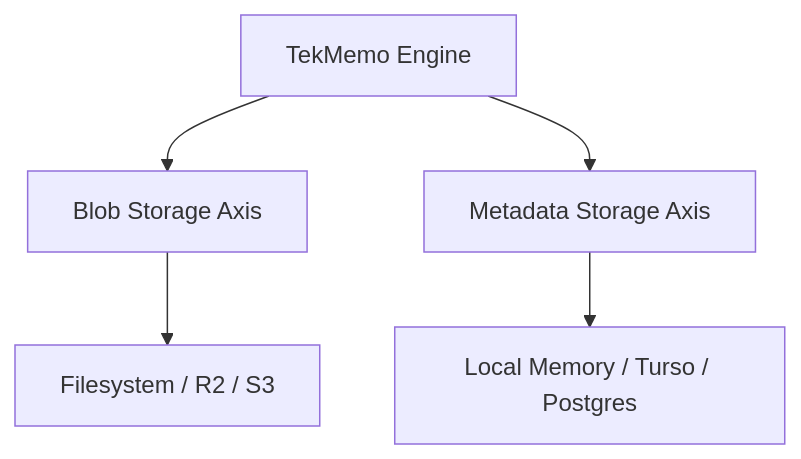
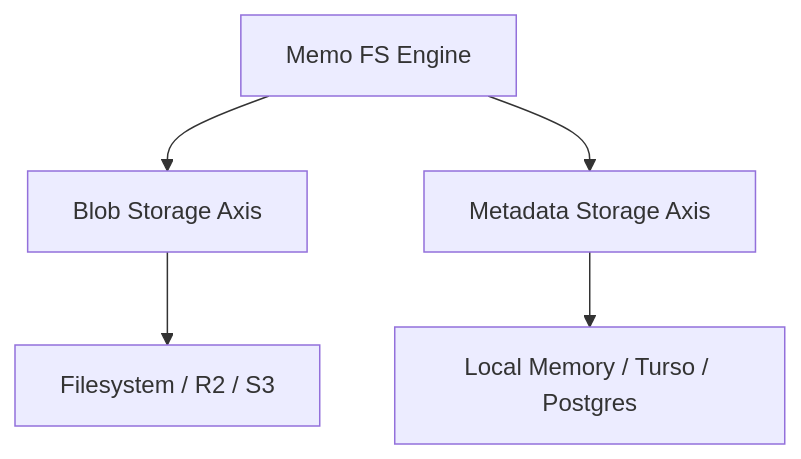
One commit to memo-fs/memofs changed the diagram in apps/docs/configure/storage.md. Above: the diagram before and after it, drawn with Mermaid. The commit also changed other lines of this file and 59 other files, not shown here.

````diff
--- a/apps/docs/configure/storage.md
+++ b/apps/docs/configure/storage.md
@@ -11,8 +11,8 @@
 ```mermaid
 graph TD
-    A[TekMemo Engine] --> B[Blob Storage Axis]
+    A[Memo FS Engine] --> B[Blob Storage Axis]
     A --> C[Metadata Storage Axis]
     
     B --> D[Filesystem / R2 / S3]
     C --> E[Local Memory / Turso / Postgres]
 ```
````
